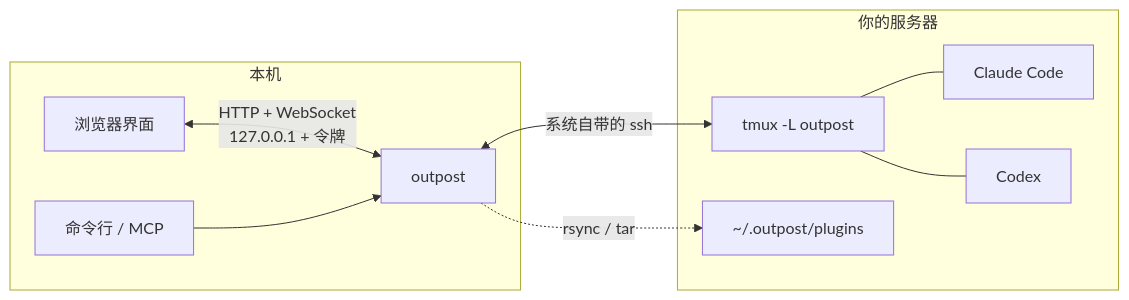
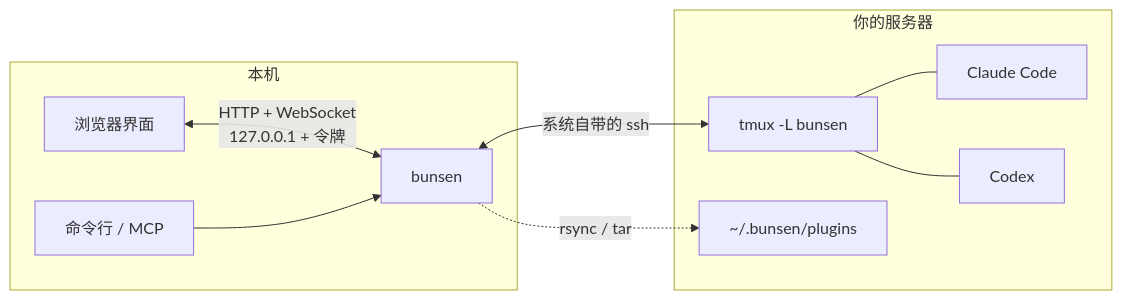
One commit to sweetcornna/bunsen changed the second of 2 diagrams in README.md. Above: the diagram before and after it, drawn with Mermaid. The commit also changed other lines of this file and 57 other files, not shown here.

````diff
--- a/README.md
+++ b/README.md
@@ -157,20 +159,20 @@
 ```mermaid
 flowchart LR
     subgraph local["本机"]
         ui["浏览器界面"]
         cli["命令行 / MCP"]
-        op["outpost"]
+        op["bunsen"]
         ui <-->|"HTTP + WebSocket<br>127.0.0.1 + 令牌"| op
         cli --> op
     end
     subgraph server["你的服务器"]
-        tmux["tmux -L outpost"]
+        tmux["tmux -L bunsen"]
         a1["Claude Code"]
         a2["Codex"]
-        plug["~/.outpost/plugins"]
+        plug["~/.bunsen/plugins"]
         tmux --- a1
         tmux --- a2
     end
     op <-->|"系统自带的 ssh"| tmux
     op -.->|"rsync / tar"| plug
 ```
````
